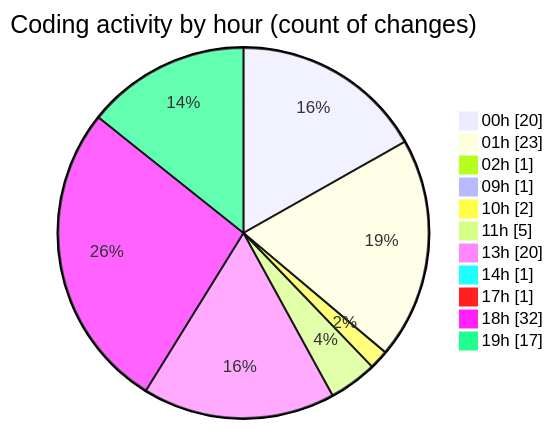
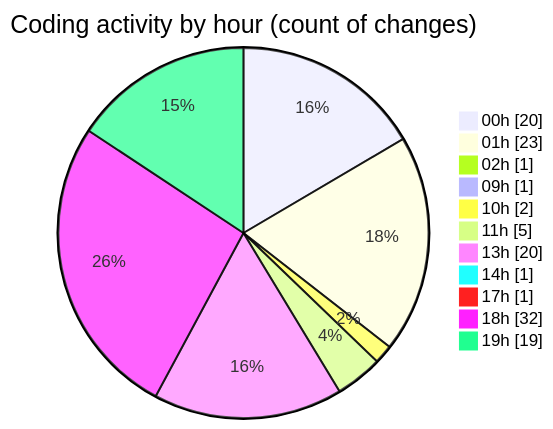
One commit to julien-gomy/code-tracking changed the second of 2 diagrams in 2025-10-16/eventscop-frontend-guide__workspace_/README.md. Above: the diagram before and after it, drawn with Mermaid. The commit also changed other lines of this file and 1 other file, not shown here.

````diff
--- a/2025-10-16/eventscop-frontend-guide__workspace_/README.md
+++ b/2025-10-16/eventscop-frontend-guide__workspace_/README.md
@@ -63,15 +64,15 @@
 ```mermaid
 pie showData
 title Coding activity by hour (count of changes)
 "00h" : 20
 "01h" : 23
 "02h" : 1
 "09h" : 1
 "10h" : 2
 "11h" : 5
 "13h" : 20
 "14h" : 1
 "17h" : 1
 "18h" : 32
-"19h" : 17
+"19h" : 19
 ```
````
